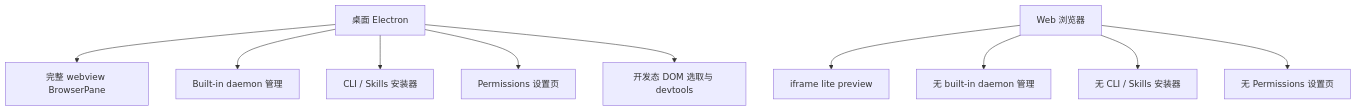
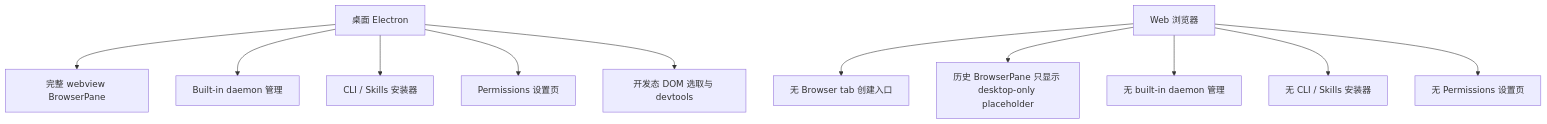
One commit to ByteTrue/paseo changed the diagram in .bytetrue/compound/2026-06-09-explore-desktop-web-feature-gap.md. Above: the diagram before and after it, drawn with Mermaid. The commit also changed other lines of this file and 25 other files, not shown here.

First line of the commit message:
fix(app): restore web browser tab boundary (#19)

````diff
--- a/.bytetrue/compound/2026-06-09-explore-desktop-web-feature-gap.md
+++ b/.bytetrue/compound/2026-06-09-explore-desktop-web-feature-gap.md
@@ -35,13 +35,14 @@
 ```mermaid
 flowchart TD
   A[桌面 Electron] --> B[完整 webview BrowserPane]
   A --> C[Built-in daemon 管理]
   A --> D[CLI / Skills 安装器]
   A --> E[Permissions 设置页]
   A --> F[开发态 DOM 选取与 devtools]
 
-  G[Web 浏览器] --> H[iframe lite preview]
+  G[Web 浏览器] --> H[无 Browser tab 创建入口]
+  G --> L[历史 BrowserPane 只显示 desktop-only placeholder]
   G --> I[无 built-in daemon 管理]
   G --> J[无 CLI / Skills 安装器]
   G --> K[无 Permissions 设置页]
 ```
````
